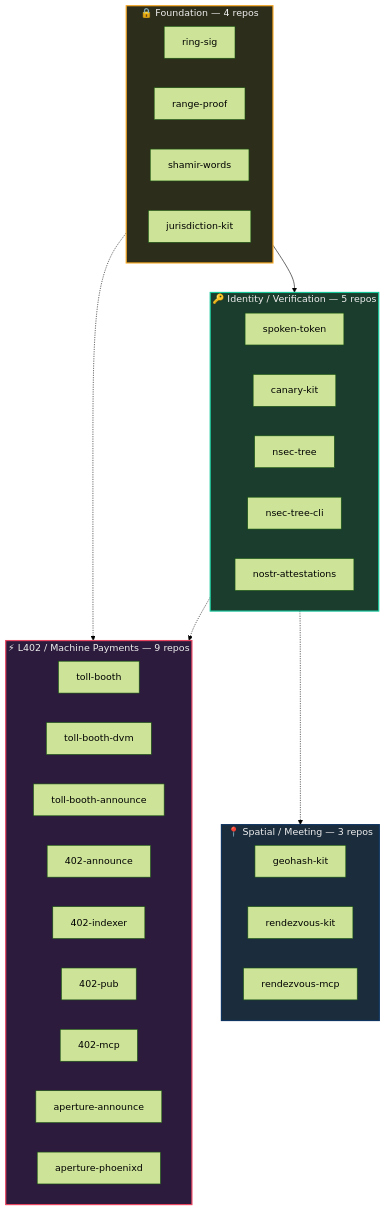
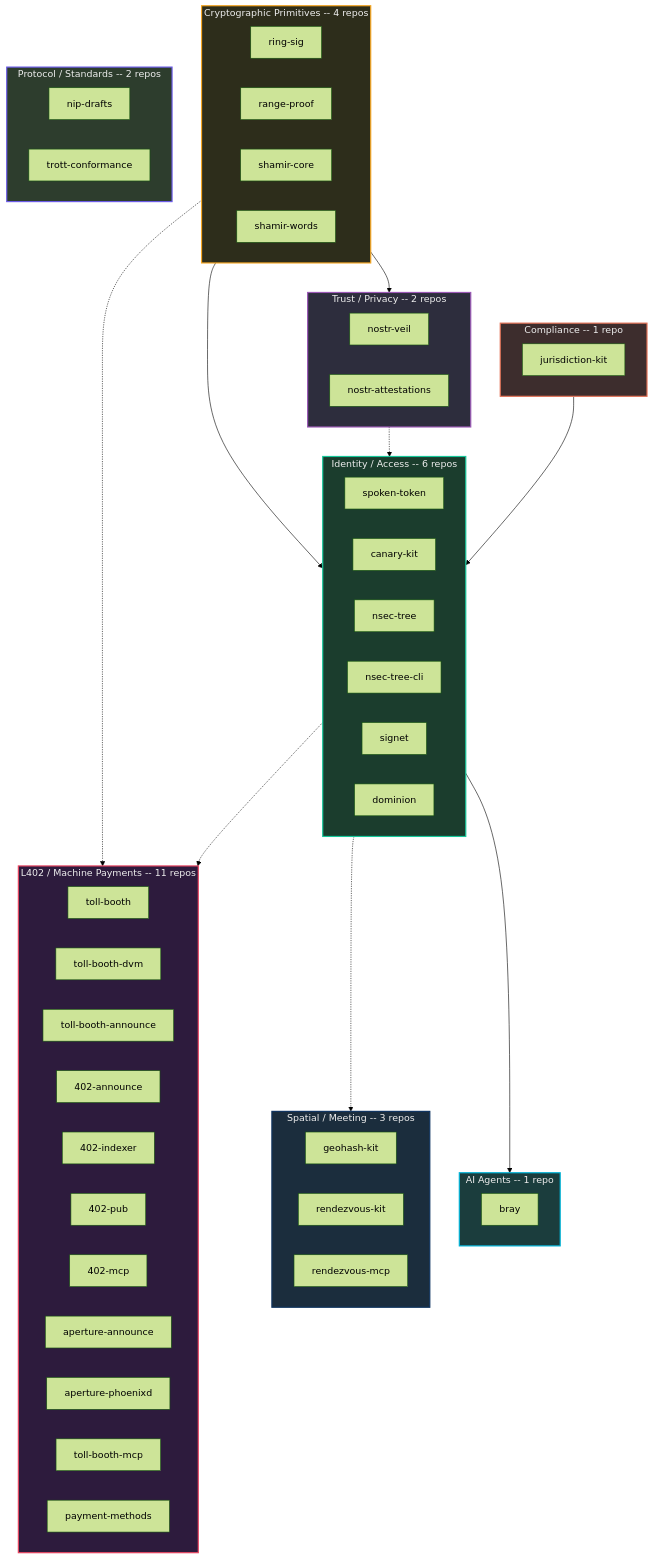
One commit to forgesworn/.github changed the first of 2 diagrams in docs/ecosystem-overview.md. Above: the diagram before and after it, drawn with Mermaid (forest theme). The commit also changed other lines of this file, not shown here.

Commit message:
docs: update ecosystem overview with 8 categories and 30 repos

````diff
--- a/docs/ecosystem-overview.md
+++ b/docs/ecosystem-overview.md
@@ -7,6 +7,6 @@
 ```mermaid
 graph TB
-    subgraph payments["⚡ L402 / Machine Payments — 9 repos"]
+    subgraph payments["L402 / Machine Payments -- 11 repos"]
         direction LR
         p1["toll-booth"]
         p2["toll-booth-dvm"]
@@ -17,36 +17,65 @@
         p7["402-mcp"]
         p8["aperture-announce"]
         p9["aperture-phoenixd"]
+        p10["toll-booth-mcp"]
+        p11["payment-methods"]
     end
 
-    subgraph spatial["📍 Spatial / Meeting — 3 repos"]
+    subgraph spatial["Spatial / Meeting -- 3 repos"]
         direction LR
         s1["geohash-kit"]
         s2["rendezvous-kit"]
         s3["rendezvous-mcp"]
     end
 
-    subgraph identity["🔑 Identity / Verification — 5 repos"]
+    subgraph identity["Identity / Access -- 6 repos"]
         direction LR
         i1["spoken-token"]
         i2["canary-kit"]
         i3["nsec-tree"]
         i4["nsec-tree-cli"]
-        i5["nostr-attestations"]
+        i5["signet"]
+        i6["dominion"]
     end
 
-    subgraph foundation["🔒 Foundation — 4 repos"]
+    subgraph agents["AI Agents -- 1 repo"]
+        direction LR
+        a1["bray"]
+    end
+
+    subgraph trust["Trust / Privacy -- 2 repos"]
+        direction LR
+        t1["nostr-veil"]
+        t2["nostr-attestations"]
+    end
+
+    subgraph foundation["Cryptographic Primitives -- 4 repos"]
         direction LR
         f1["ring-sig"]
         f2["range-proof"]
-        f3["shamir-words"]
-        f4["jurisdiction-kit"]
+        f3["shamir-core"]
+        f4["shamir-words"]
+    end
+
+    subgraph compliance["Compliance -- 1 repo"]
+        direction LR
+        c1["jurisdiction-kit"]
+    end
+
+    subgraph protocol["Protocol / Standards -- 2 repos"]
+        direction LR
+        pr1["nip-drafts"]
+        pr2["trott-conformance"]
     end
 
     foundation --> identity
+    foundation --> trust
     foundation -.-> payments
     identity -.-> payments
     identity -.-> spatial
+    identity --> agents
+    trust -.-> identity
+    compliance --> identity
 
     click p1 "https://github.com/forgesworn/toll-booth" _blank
     click p2 "https://github.com/forgesworn/toll-booth-dvm" _blank
@@ -57,6 +86,8 @@
     click p7 "https://github.com/forgesworn/402-mcp" _blank
     click p8 "https://github.com/forgesworn/aperture-announce" _blank
     click p9 "https://github.com/forgesworn/aperture-phoenixd" _blank
+    click p10 "https://github.com/forgesworn/toll-booth-mcp" _blank
+    click p11 "https://github.com/forgesworn/payment-methods" _blank
     click s1 "https://github.com/forgesworn/geohash-kit" _blank
     click s2 "https://github.com/forgesworn/rendezvous-kit" _blank
     click s3 "https://github.com/forgesworn/rendezvous-mcp" _blank
@@ -64,14 +95,25 @@
     click i2 "https://github.com/forgesworn/canary-kit" _blank
     click i3 "https://github.com/forgesworn/nsec-tree" _blank
     click i4 "https://github.com/forgesworn/nsec-tree-cli" _blank
-    click i5 "https://github.com/forgesworn/nostr-attestations" _blank
+    click i5 "https://github.com/forgesworn/signet" _blank
+    click i6 "https://github.com/forgesworn/dominion" _blank
+    click a1 "https://github.com/forgesworn/bray" _blank
+    click t1 "https://github.com/forgesworn/nostr-veil" _blank
+    click t2 "https://github.com/forgesworn/nostr-attestations" _blank
     click f1 "https://github.com/forgesworn/ring-sig" _blank
     click f2 "https://github.com/forgesworn/range-proof" _blank
-    click f3 "https://github.com/forgesworn/shamir-words" _blank
-    click f4 "https://github.com/forgesworn/jurisdiction-kit" _blank
+    click f3 "https://github.com/forgesworn/shamir-core" _blank
+    click f4 "https://github.com/forgesworn/shamir-words" _blank
+    click c1 "https://github.com/forgesworn/jurisdiction-kit" _blank
+    click pr1 "https://github.com/forgesworn/nip-drafts" _blank
+    click pr2 "https://github.com/forgesworn/trott-conformance" _blank
 
     style payments fill:#2d1b3d,stroke:#e94560,color:#eee,stroke-width:2px
     style spatial fill:#1b2d3d,stroke:#0f3460,color:#eee,stroke-width:2px
     style identity fill:#1b3d2d,stroke:#16c79a,color:#eee,stroke-width:2px
+    style agents fill:#1b3d3d,stroke:#00b4d8,color:#eee,stroke-width:2px
+    style trust fill:#2d2d3d,stroke:#9b59b6,color:#eee,stroke-width:2px
     style foundation fill:#2d2d1b,stroke:#f5a623,color:#eee,stroke-width:2px
+    style compliance fill:#3d2d2d,stroke:#e17055,color:#eee,stroke-width:2px
+    style protocol fill:#2d3d2d,stroke:#6c5ce7,color:#eee,stroke-width:2px
 ```
````
